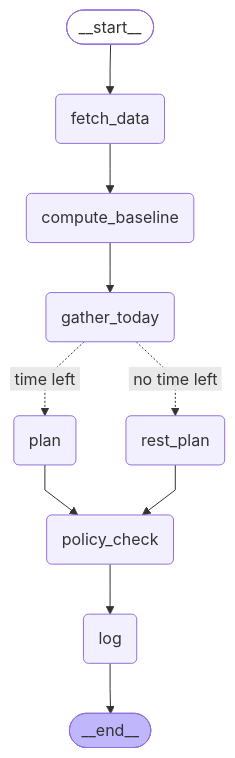
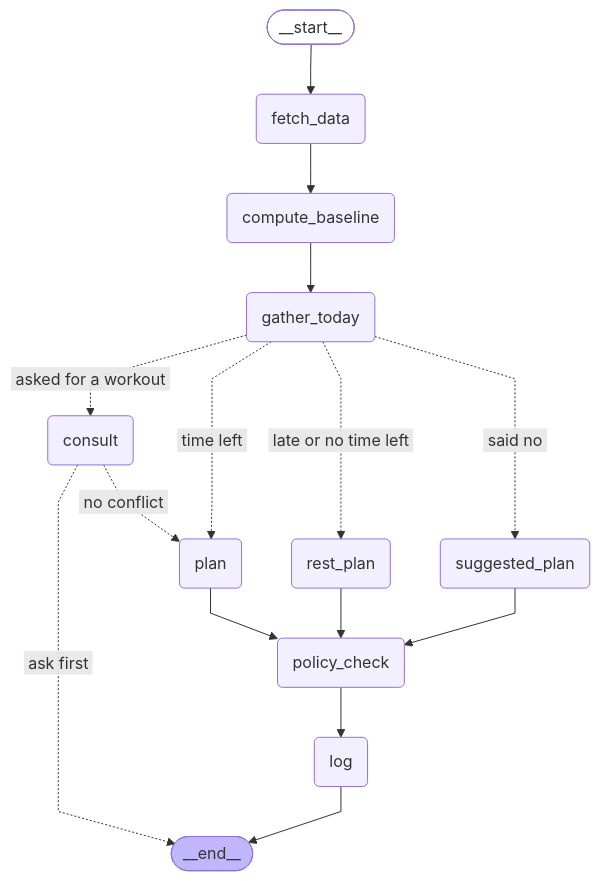
Before and after one commit to sakethss98/oura-coach: the diagram in docs/planner.mmd, drawn with Mermaid. The commit also changed 33 other files, not shown here.

```diff
--- a/docs/planner.mmd
+++ b/docs/planner.mmd
@@ -1,27 +1,34 @@
 ---
 config:
   flowchart:
     curve: linear
 ---
 graph TD;
 	__start__([<p>__start__</p>]):::first
 	fetch_data(fetch_data)
 	compute_baseline(compute_baseline)
 	gather_today(gather_today)
+	consult(consult)
 	plan(plan)
 	rest_plan(rest_plan)
+	suggested_plan(suggested_plan)
 	policy_check(policy_check)
 	log(log)
 	__end__([<p>__end__</p>]):::last
 	__start__ --> fetch_data;
 	compute_baseline --> gather_today;
+	consult -. &nbsp;ask first&nbsp; .-> __end__;
+	consult -. &nbsp;no conflict&nbsp; .-> plan;
 	fetch_data --> compute_baseline;
+	gather_today -. &nbsp;asked for a workout&nbsp; .-> consult;
 	gather_today -. &nbsp;time left&nbsp; .-> plan;
-	gather_today -. &nbsp;no time left&nbsp; .-> rest_plan;
+	gather_today -. &nbsp;late or no time left&nbsp; .-> rest_plan;
+	gather_today -. &nbsp;said no&nbsp; .-> suggested_plan;
 	plan --> policy_check;
 	policy_check --> log;
 	rest_plan --> policy_check;
+	suggested_plan --> policy_check;
 	log --> __end__;
 	classDef default fill:#f2f0ff,line-height:1.2
 	classDef first fill-opacity:0
 	classDef last fill:#bfb6fc
```
